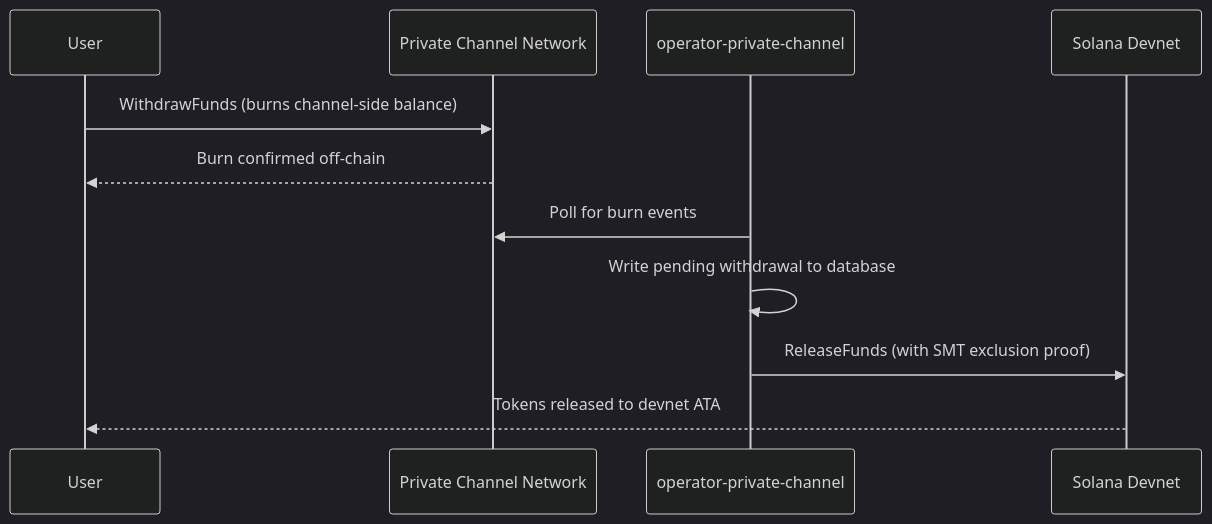
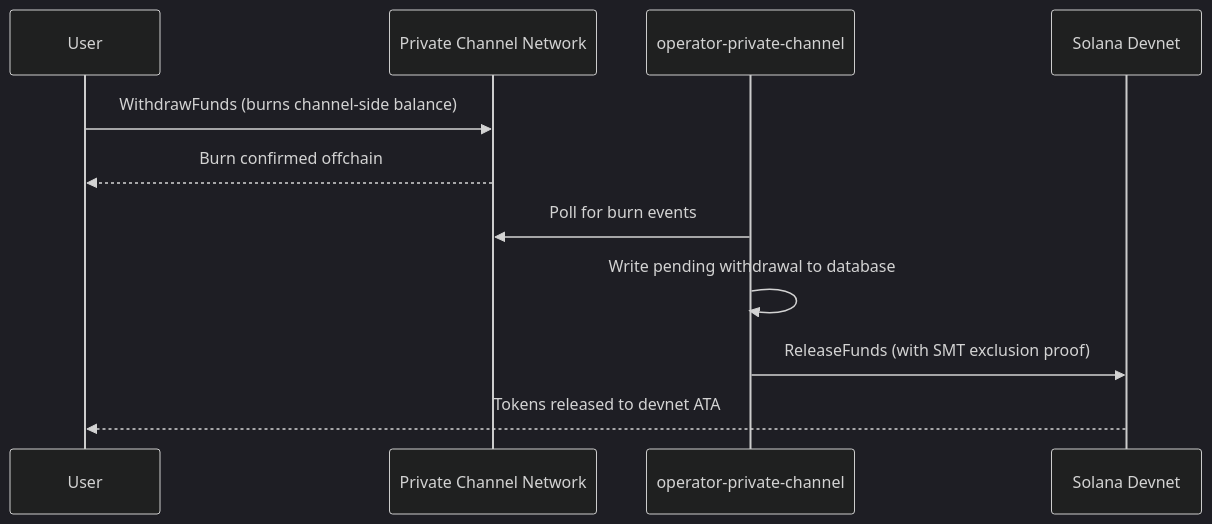
Before and after one commit to solana-foundation/solana-com: the diagram in apps/docs/content/docs/en/tools/private-channels/quickstart/withdraw.mdx, drawn with Mermaid (dark theme). The commit also changed other lines of this file and 13298 other files, not shown here.

````diff
--- a/apps/docs/content/docs/en/tools/private-channels/quickstart/withdraw.mdx
+++ b/apps/docs/content/docs/en/tools/private-channels/quickstart/withdraw.mdx
@@ -16,15 +25,15 @@
 ```mermaid
 sequenceDiagram
     participant User
     participant Channel as Private Channel Network
     participant Operator as operator-private-channel
     participant Devnet as Solana Devnet
 
     User->>Channel: WithdrawFunds (burns channel-side balance)
-    Channel-->>User: Burn confirmed off-chain
+    Channel-->>User: Burn confirmed offchain
 
     Operator->>Channel: Poll for burn events
     Operator->>Operator: Write pending withdrawal to database
     Operator->>Devnet: ReleaseFunds (with SMT exclusion proof)
     Devnet-->>User: Tokens released to devnet ATA
 ```
````
